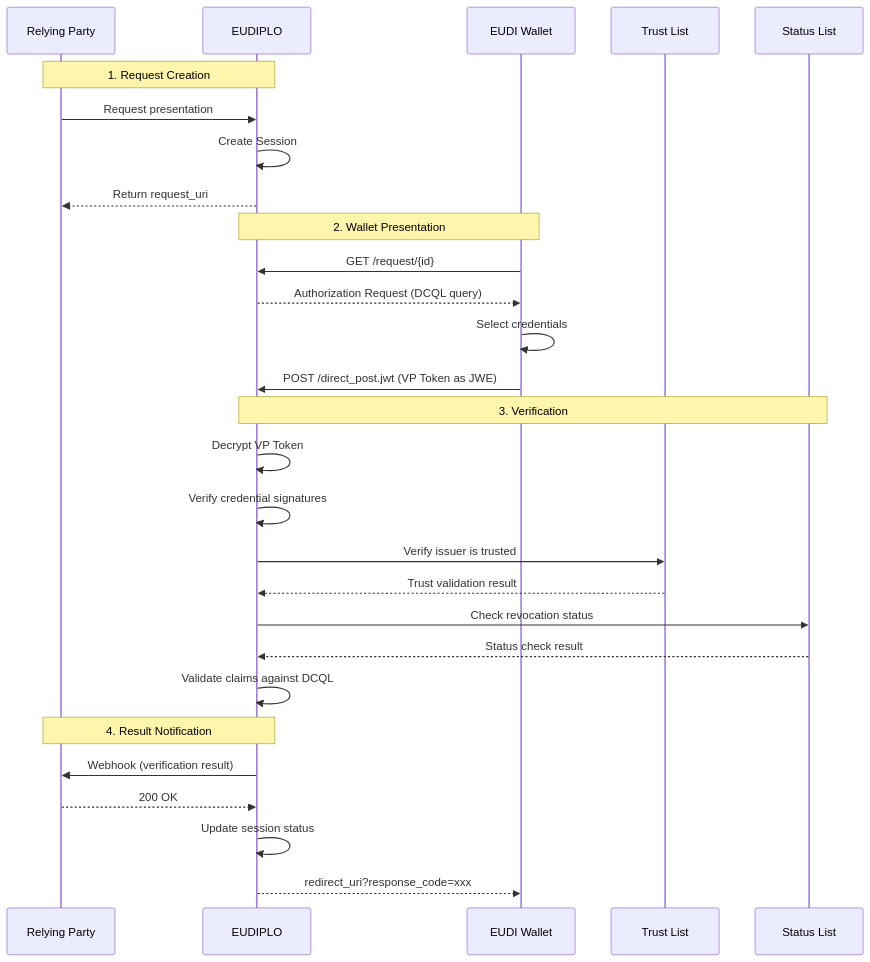
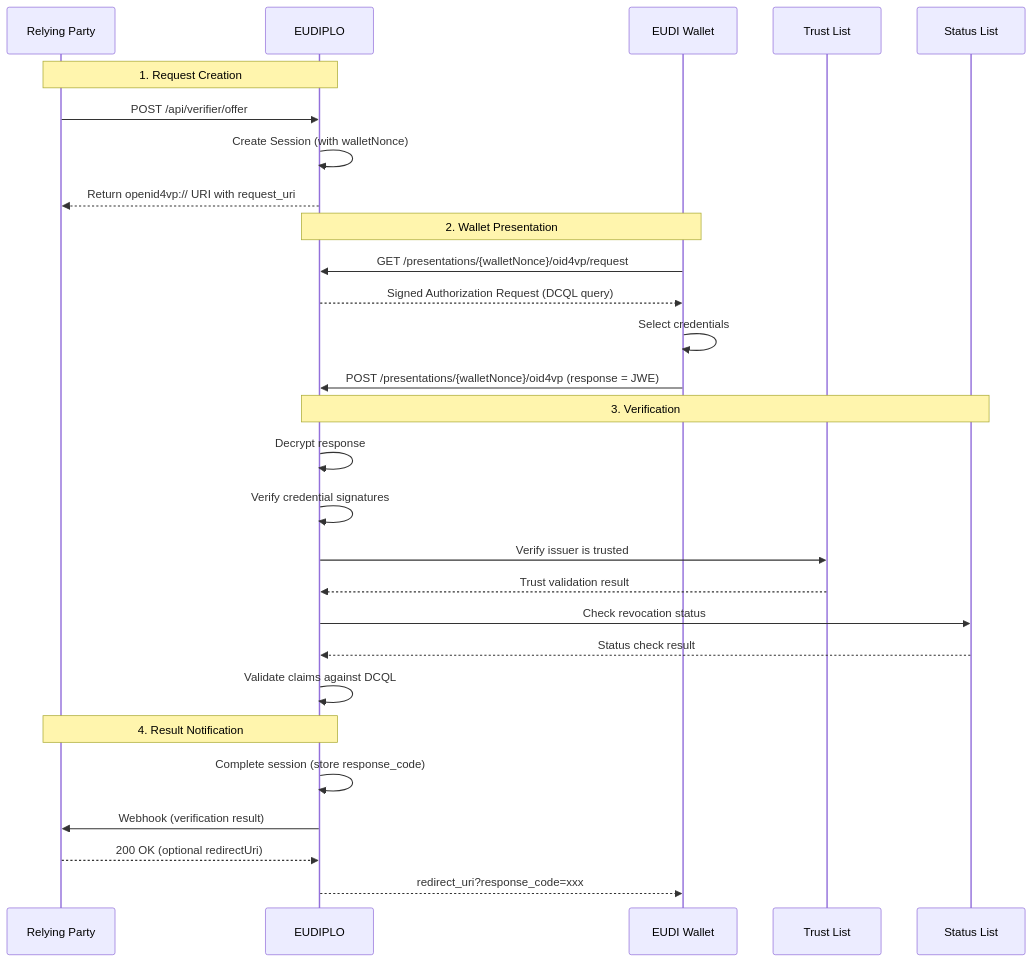
One commit to Cypher-CP0/eudiplo changed the first of 3 diagrams in apps/docs/docs/architecture/presentation.md. Above: the diagram before and after it, drawn with Mermaid. The commit also changed other lines of this file and 1 other file, not shown here.

First line of the commit message:
docs(architecture): correct presentation and protocol mapping pages (#1095)

````diff
--- a/apps/docs/docs/architecture/presentation.md
+++ b/apps/docs/docs/architecture/presentation.md
@@ -26,34 +26,34 @@
 ```mermaid
 sequenceDiagram
     participant RP as Relying Party
     participant E as EUDIPLO
     participant W as EUDI Wallet
     participant TL as Trust List
     participant SL as Status List
 
     Note over RP,E: 1. Request Creation
-    RP->>E: Request presentation
-    E->>E: Create Session
-    E-->>RP: Return request_uri
+    RP->>E: POST /api/verifier/offer
+    E->>E: Create Session (with walletNonce)
+    E-->>RP: Return openid4vp:// URI with request_uri
 
     Note over W,E: 2. Wallet Presentation
-    W->>E: GET /request/{id}
-    E-->>W: Authorization Request (DCQL query)
+    W->>E: GET /presentations/{walletNonce}/oid4vp/request
+    E-->>W: Signed Authorization Request (DCQL query)
     W->>W: Select credentials
-    W->>E: POST /direct_post.jwt (VP Token as JWE)
+    W->>E: POST /presentations/{walletNonce}/oid4vp (response = JWE)
 
     Note over E,SL: 3. Verification
-    E->>E: Decrypt VP Token
+    E->>E: Decrypt response
     E->>E: Verify credential signatures
     E->>TL: Verify issuer is trusted
     TL-->>E: Trust validation result
     E->>SL: Check revocation status
     SL-->>E: Status check result
     E->>E: Validate claims against DCQL
 
     Note over E,RP: 4. Result Notification
+    E->>E: Complete session (store response_code)
     E->>RP: Webhook (verification result)
-    RP-->>E: 200 OK
-    E->>E: Update session status
+    RP-->>E: 200 OK (optional redirectUri)
     E-->>W: redirect_uri?response_code=xxx
 ```
````
